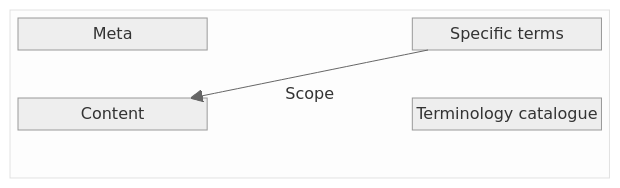
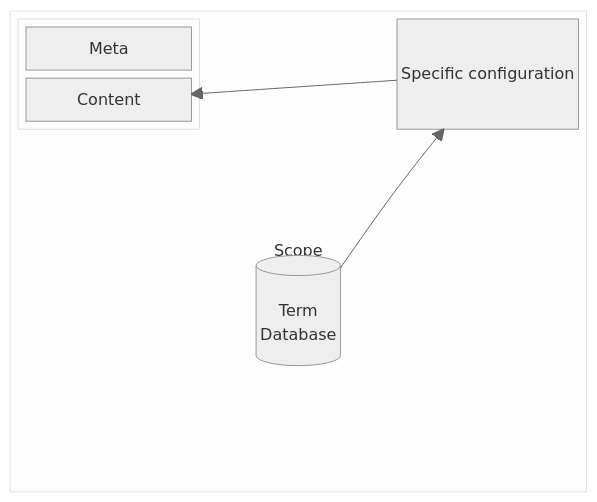
Before and after one commit to officialgazette/publication-standard: the diagram in README.md, drawn with Mermaid. The commit also changed other lines of this file, not shown here.

````diff
--- a/README.md
+++ b/README.md
@@ -29,24 +50,32 @@
 ```mermaid
 
 %%{
   init: {
     'theme': 'neutral'
   }
 }%%
 
 block-beta
 
 block:scope["Scope"]
 
 columns 3
-Meta space Terms["Specific terms"]
+block:1
+columns 1
+Meta
+Content
+end
+Meta space Terms["Specific configuration"]
 space:3
-Content space Catalogue["Terminology catalogue"]
+Content space termDB[("
+Term
+Database")]
 space:3
 
 end
 
 
 
 Terms --> Content
+termDB --> Terms
 ```
````
